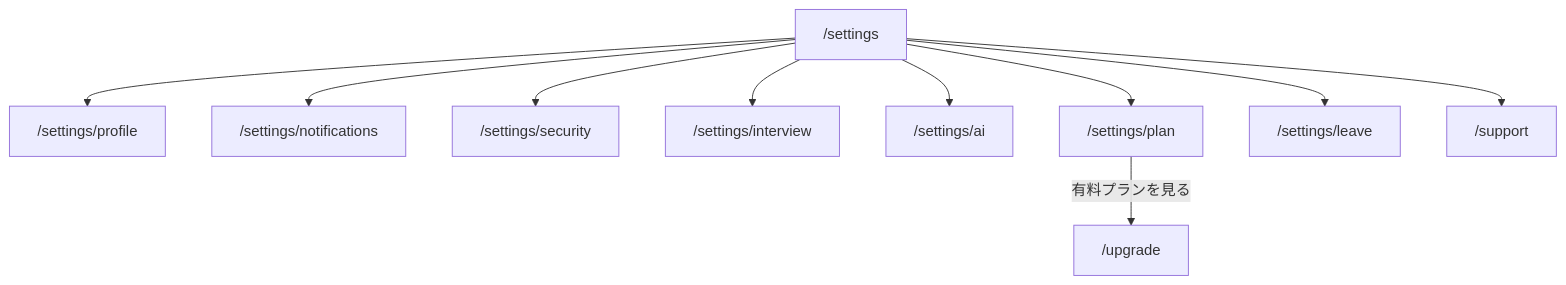
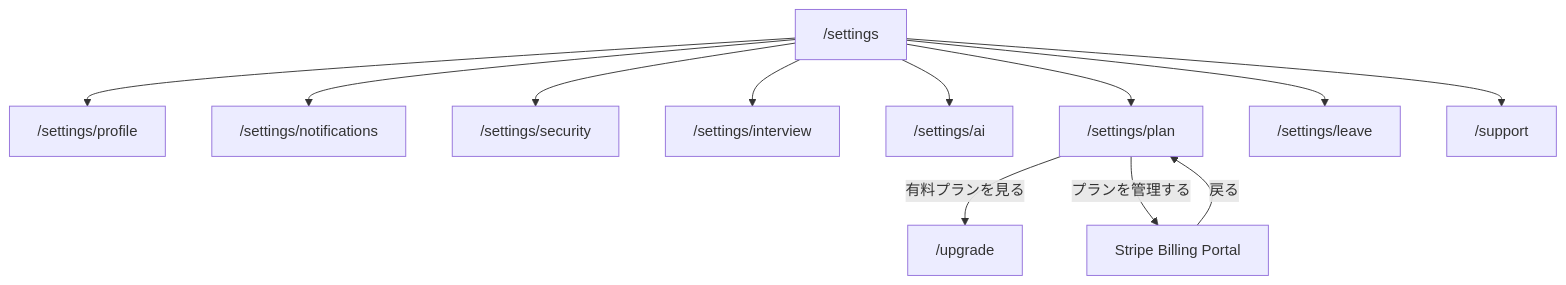
Before and after one commit to masseater/typescript-template: the diagram in apps/internal-dashboard/content/docs/pages/member-settings.md, drawn with Mermaid. The commit also changed other lines of this file and 2 other files, not shown here.

First line of the commit message:
Fix the billing spec to one monthly Stripe plan managed through Checkout and the Billing Portal

````diff
--- a/apps/internal-dashboard/content/docs/pages/member-settings.md
+++ b/apps/internal-dashboard/content/docs/pages/member-settings.md
@@ -71,12 +73,14 @@
 ```mermaid
 flowchart TD
   settings["/settings"] --> profile["/settings/profile"]
   settings --> notifications["/settings/notifications"]
   settings --> security["/settings/security"]
   settings --> interview["/settings/interview"]
   settings --> ai["/settings/ai"]
   settings --> plan["/settings/plan"]
   settings --> leave["/settings/leave"]
   settings --> support["/support"]
   plan -- 有料プランを見る --> upgrade["/upgrade"]
+  plan -- プランを管理する --> portal["Stripe Billing Portal"]
+  portal -- 戻る --> plan
 ```
````
